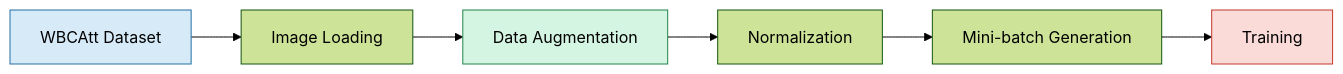
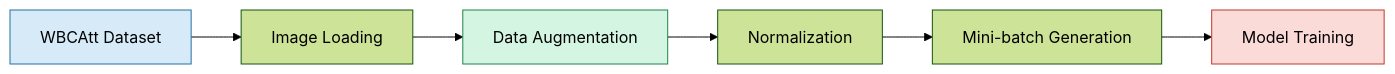
Before and after one commit to fassi182/WBC_Morphology_Analysis_with_a_MAL_ViT_Inspired_Architecture: the third of 8 diagrams in README.md, drawn with Mermaid (forest theme). The commit also changed other lines of this file, not shown here.

````diff
--- a/README.md
+++ b/README.md
@@ -307,25 +282,25 @@
 ```mermaid
 flowchart LR
 
 A["WBCAtt Dataset"]
 
 B["Image Loading"]
 
 C["Data Augmentation"]
 
 D["Normalization"]
 
 E["Mini-batch Generation"]
 
-F["Training"]
+F["Model Training"]
 
 A --> B
 B --> C
 C --> D
 D --> E
 E --> F
 
 style A fill:#D6EAF8,stroke:#2471A3,color:#000
 style C fill:#D5F5E3,stroke:#1E8449,color:#000
 style F fill:#FADBD8,stroke:#C0392B,color:#000
 ```
````
